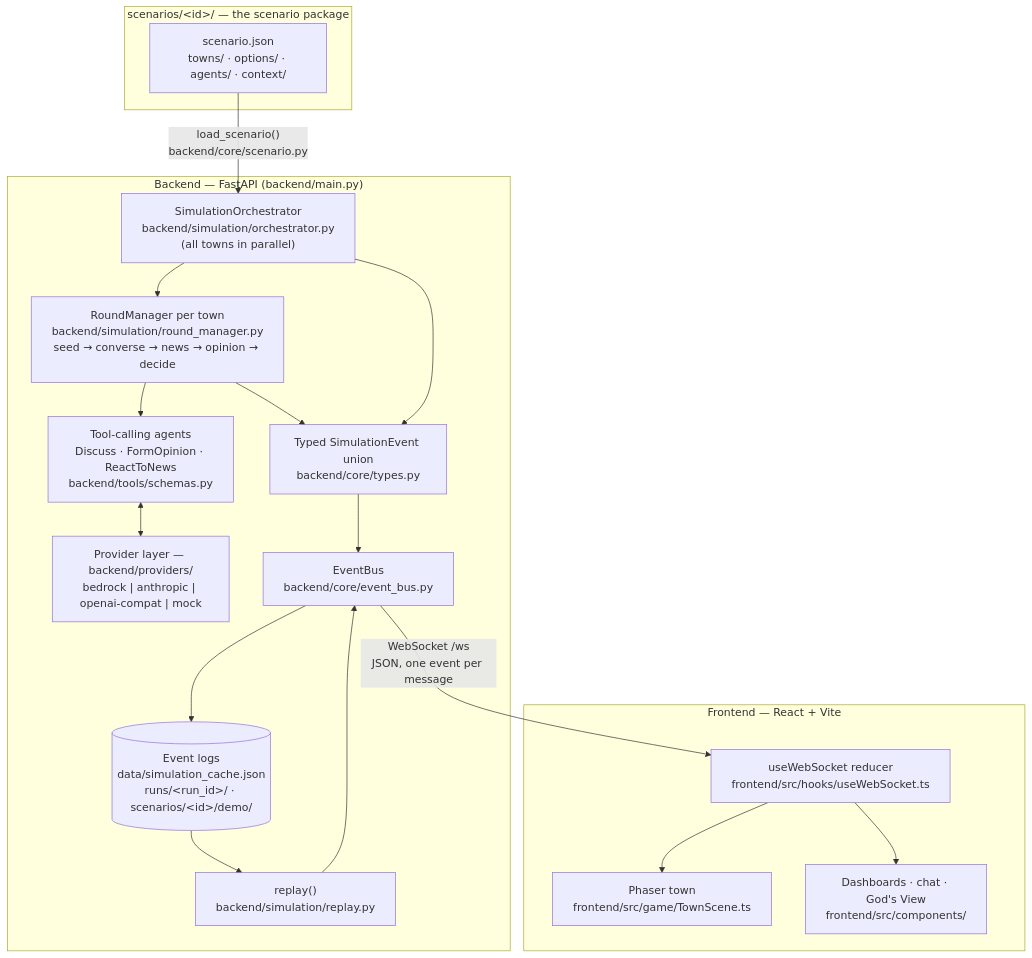
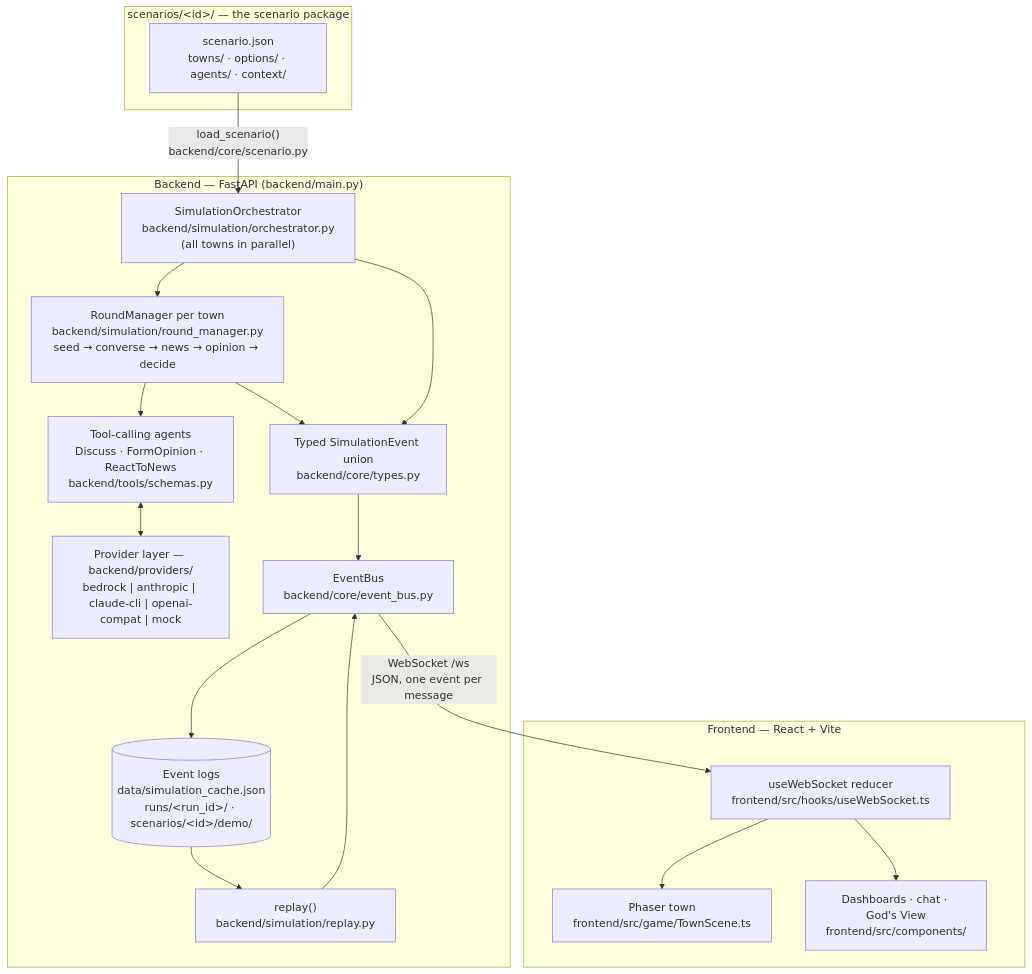
One commit to StevenWang-CY/township changed the diagram in docs/architecture.md. Above: the diagram before and after it, drawn with Mermaid. The commit also changed other lines of this file and 8 other files, not shown here.

First line of the commit message:
Model II (0/…): claude-cli provider — Claude through the subscription CLI

````diff
--- a/docs/architecture.md
+++ b/docs/architecture.md
@@ -5,40 +5,40 @@
 ```mermaid
 flowchart TB
     subgraph pkg["scenarios/&lt;id&gt;/ — the scenario package"]
         SJ["scenario.json<br/>towns/ · options/ · agents/ · context/"]
     end
 
     SJ -->|"load_scenario()<br/>backend/core/scenario.py"| ORCH
 
     subgraph backend["Backend — FastAPI (backend/main.py)"]
         ORCH["SimulationOrchestrator<br/>backend/simulation/orchestrator.py<br/>(all towns in parallel)"]
         RM["RoundManager per town<br/>backend/simulation/round_manager.py<br/>seed → converse → news → opinion → decide"]
         TOOLS["Tool-calling agents<br/>Discuss · FormOpinion · ReactToNews<br/>backend/tools/schemas.py"]
-        PROV["Provider layer — backend/providers/<br/>bedrock | anthropic | openai-compat | mock"]
+        PROV["Provider layer — backend/providers/<br/>bedrock | anthropic | claude-cli | openai-compat | mock"]
         EV["Typed SimulationEvent union<br/>backend/core/types.py"]
         BUS["EventBus<br/>backend/core/event_bus.py"]
         RUNS[("Event logs<br/>data/simulation_cache.json<br/>runs/&lt;run_id&gt;/ · scenarios/&lt;id&gt;/demo/")]
         REPLAY["replay()<br/>backend/simulation/replay.py"]
     end
 
     ORCH --> RM
     RM --> TOOLS
     TOOLS <--> PROV
     RM --> EV
     ORCH --> EV
     EV --> BUS
     BUS --> RUNS
     RUNS --> REPLAY
     REPLAY --> BUS
 
     BUS -->|"WebSocket /ws<br/>JSON, one event per message"| RED
 
     subgraph frontend["Frontend — React + Vite"]
         RED["useWebSocket reducer<br/>frontend/src/hooks/useWebSocket.ts"]
         PHASER["Phaser town<br/>frontend/src/game/TownScene.ts"]
         DASH["Dashboards · chat · God's View<br/>frontend/src/components/"]
     end
 
     RED --> PHASER
     RED --> DASH
 ```
````
